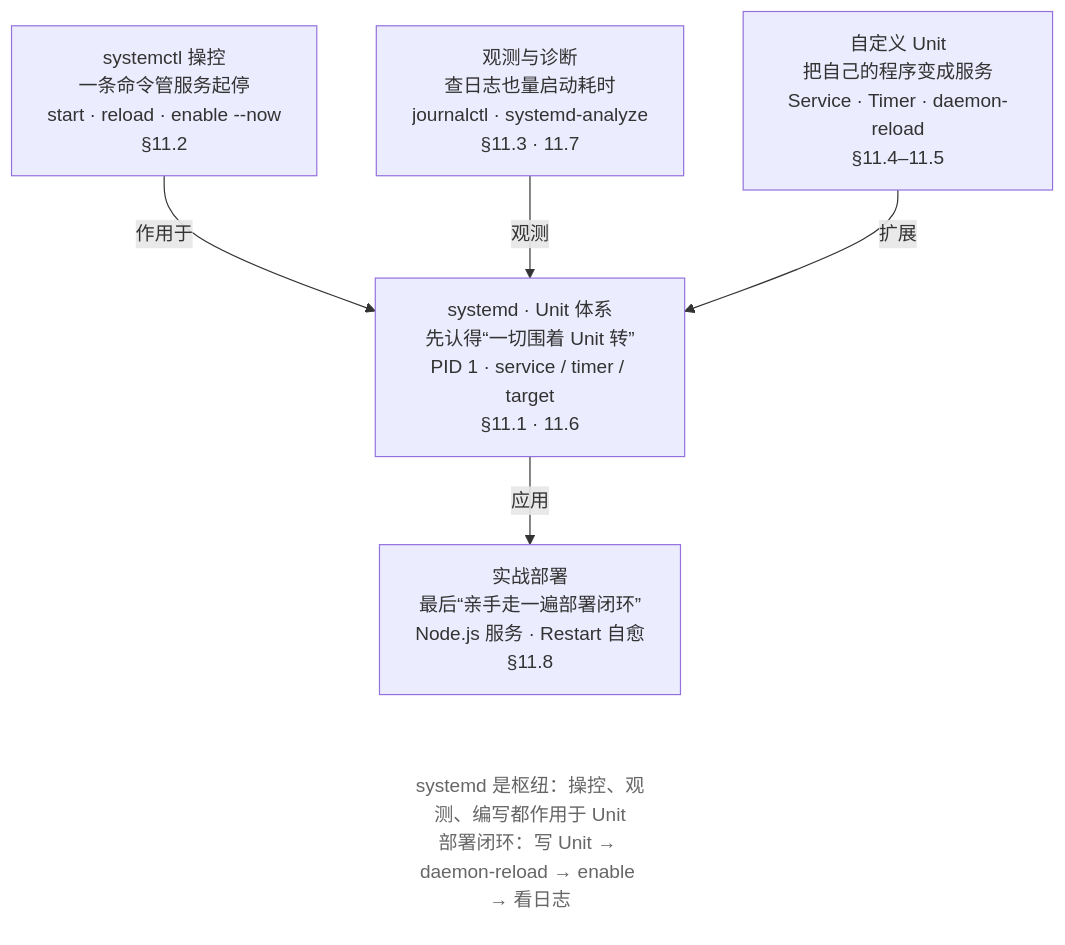
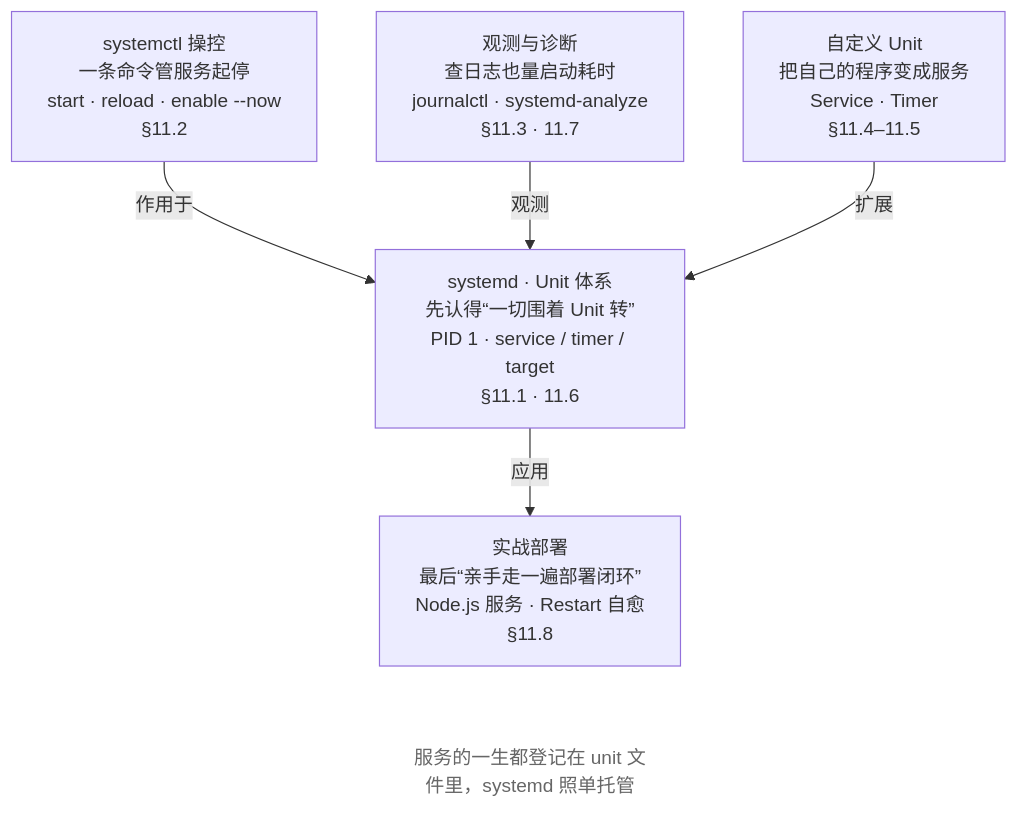
One commit to wangxiangnan/wangxiangnan.github.io changed the first of 3 diagrams in src/linux-command/ch11.md. Above: the diagram before and after it, drawn with Mermaid. The commit also changed other lines of this file and 25 other files, not shown here.

````diff
--- a/src/linux-command/ch11.md
+++ b/src/linux-command/ch11.md
@@ -14,18 +14,18 @@
 ```mermaid
 flowchart TB
     A["systemd · Unit 体系<br>先认得“一切围着 Unit 转”<br>PID 1 · service / timer / target<br>§11.1 · 11.6"]
     B["systemctl 操控<br>一条命令管服务起停<br>start · reload · enable --now<br>§11.2"]
     C["观测与诊断<br>查日志也量启动耗时<br>journalctl · systemd-analyze<br>§11.3 · 11.7"]
-    D["自定义 Unit<br>把自己的程序变成服务<br>Service · Timer · daemon-reload<br>§11.4–11.5"]
+    D["自定义 Unit<br>把自己的程序变成服务<br>Service · Timer<br>§11.4–11.5"]
     E["实战部署<br>最后“亲手走一遍部署闭环”<br>Node.js 服务 · Restart 自愈<br>§11.8"]
-    NOTE["systemd 是枢纽：操控、观测、编写都作用于 Unit<br>部署闭环：写 Unit → daemon-reload → enable → 看日志"]
+    NOTE["服务的一生都登记在 unit 文件里，systemd 照单托管"]
 
     B -->|作用于| A
     C -->|观测| A
     D -->|扩展| A
     A -->|应用| E
     E ~~~ NOTE
 
     classDef note fill:none,stroke:none,color:#666
     class NOTE note
 ```
````
